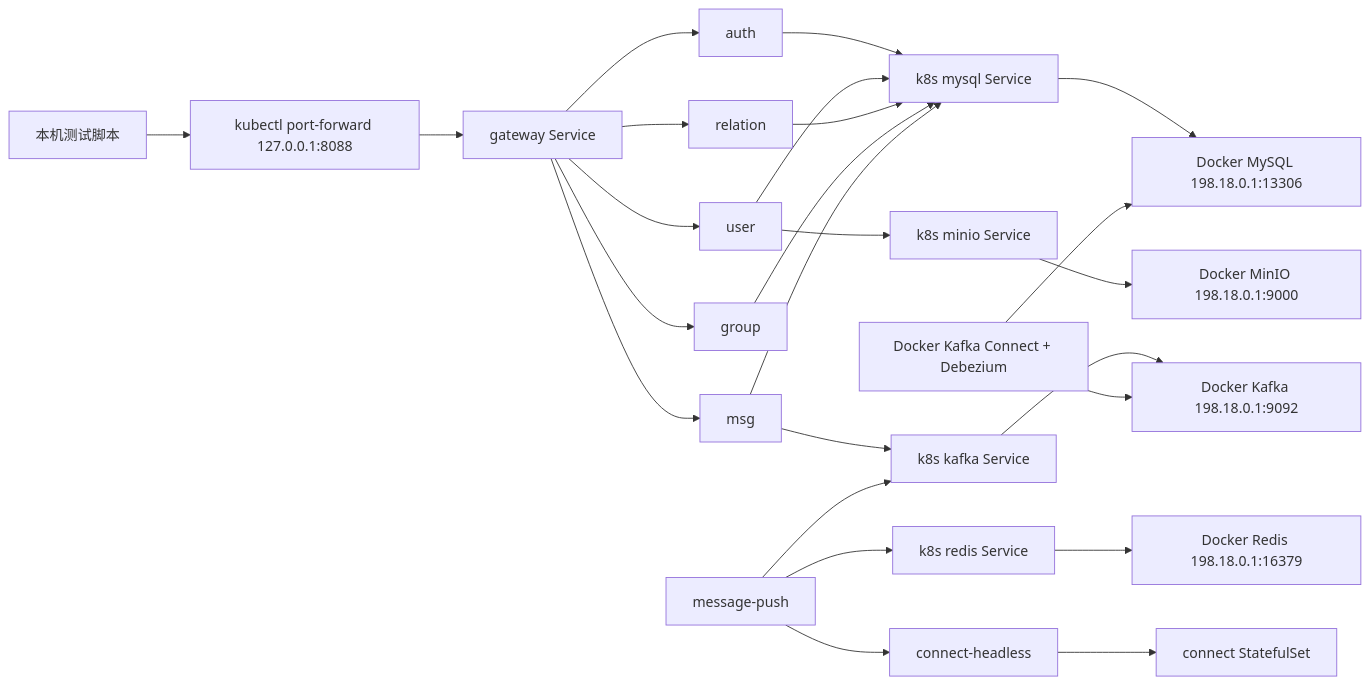
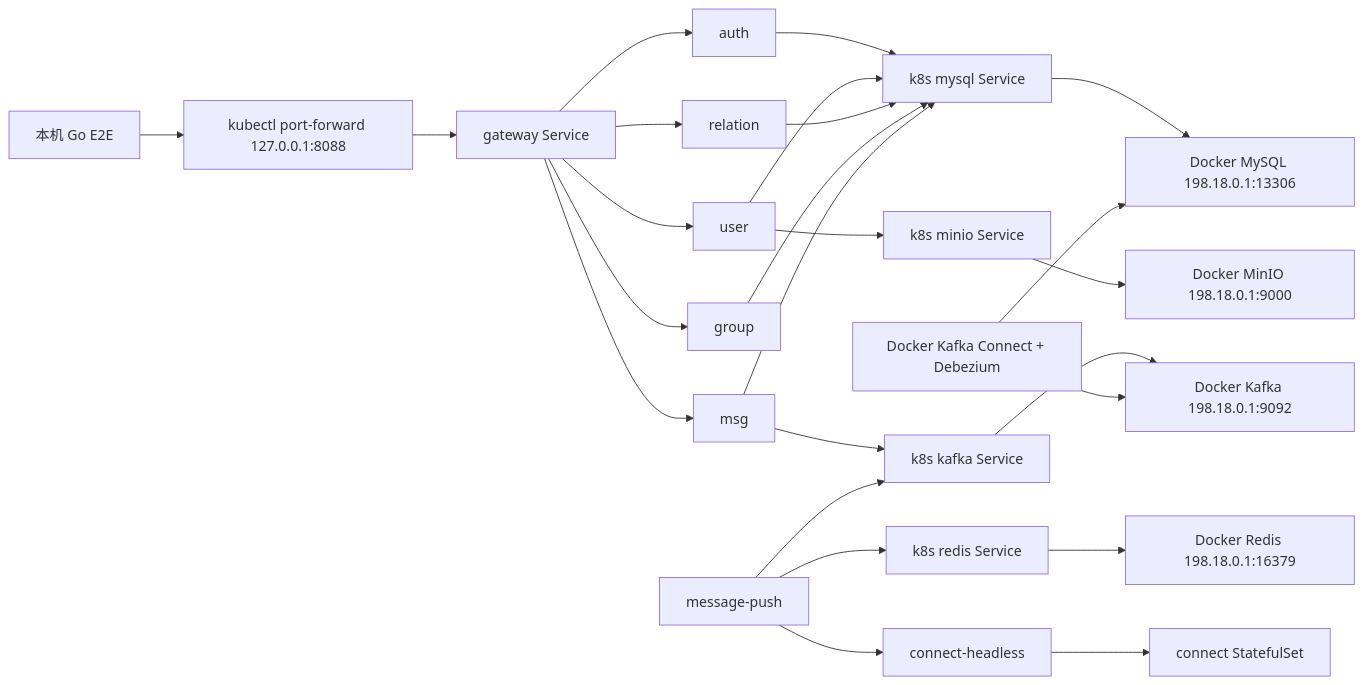
One commit to 013677890/LCchat changed the diagram in doc/ops/k3s本地部署与接口联调.md. Above: the diagram before and after it, drawn with Mermaid. The commit also changed other lines of this file and 26 other files, not shown here.

````diff
--- a/doc/ops/k3s本地部署与接口联调.md
+++ b/doc/ops/k3s本地部署与接口联调.md
@@ -31,27 +31,27 @@
 ```mermaid
 flowchart LR
-    client["本机测试脚本"] --> pf["kubectl port-forward 127.0.0.1:8088"]
+    client["本机 Go E2E"] --> pf["kubectl port-forward 127.0.0.1:8088"]
     pf --> gateway["gateway Service"]
     gateway --> auth
     gateway --> user
     gateway --> relation
     gateway --> group
     gateway --> msg
     msg --> kafkaSvc["k8s kafka Service"]
     messagePush["message-push"] --> kafkaSvc
     messagePush --> redisSvc["k8s redis Service"]
     messagePush --> connectHeadless["connect-headless"]
     connectHeadless --> connect["connect StatefulSet"]
     auth --> mysqlSvc["k8s mysql Service"]
     user --> mysqlSvc
     relation --> mysqlSvc
     group --> mysqlSvc
     msg --> mysqlSvc
     user --> minioSvc["k8s minio Service"]
     mysqlSvc --> mysql["Docker MySQL 198.18.0.1:13306"]
     redisSvc --> redis["Docker Redis 198.18.0.1:16379"]
     kafkaSvc --> kafka["Docker Kafka 198.18.0.1:9092"]
     minioSvc --> minio["Docker MinIO 198.18.0.1:9000"]
     connectCdc["Docker Kafka Connect + Debezium"] --> kafka
     connectCdc --> mysql
 ```
````
